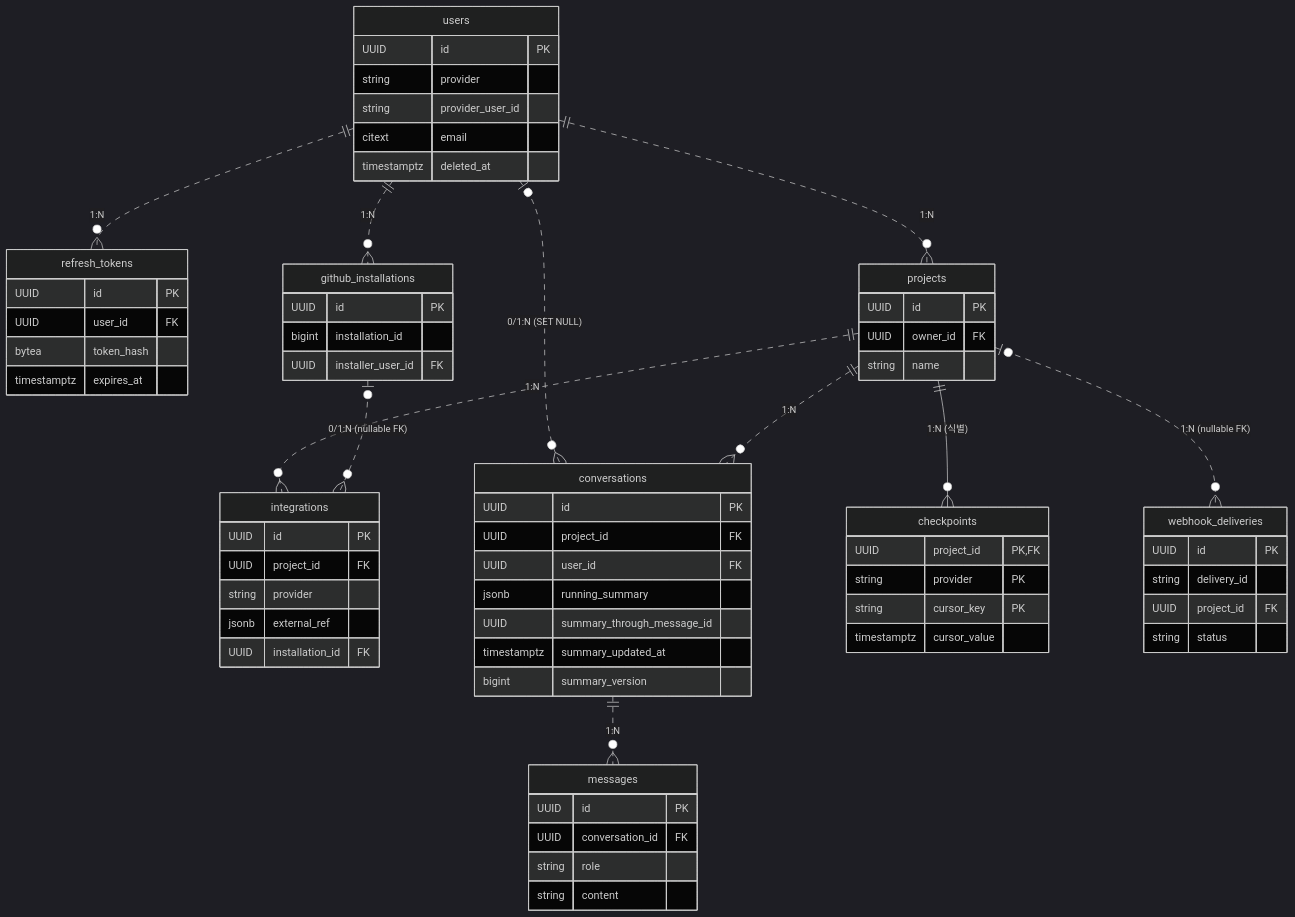
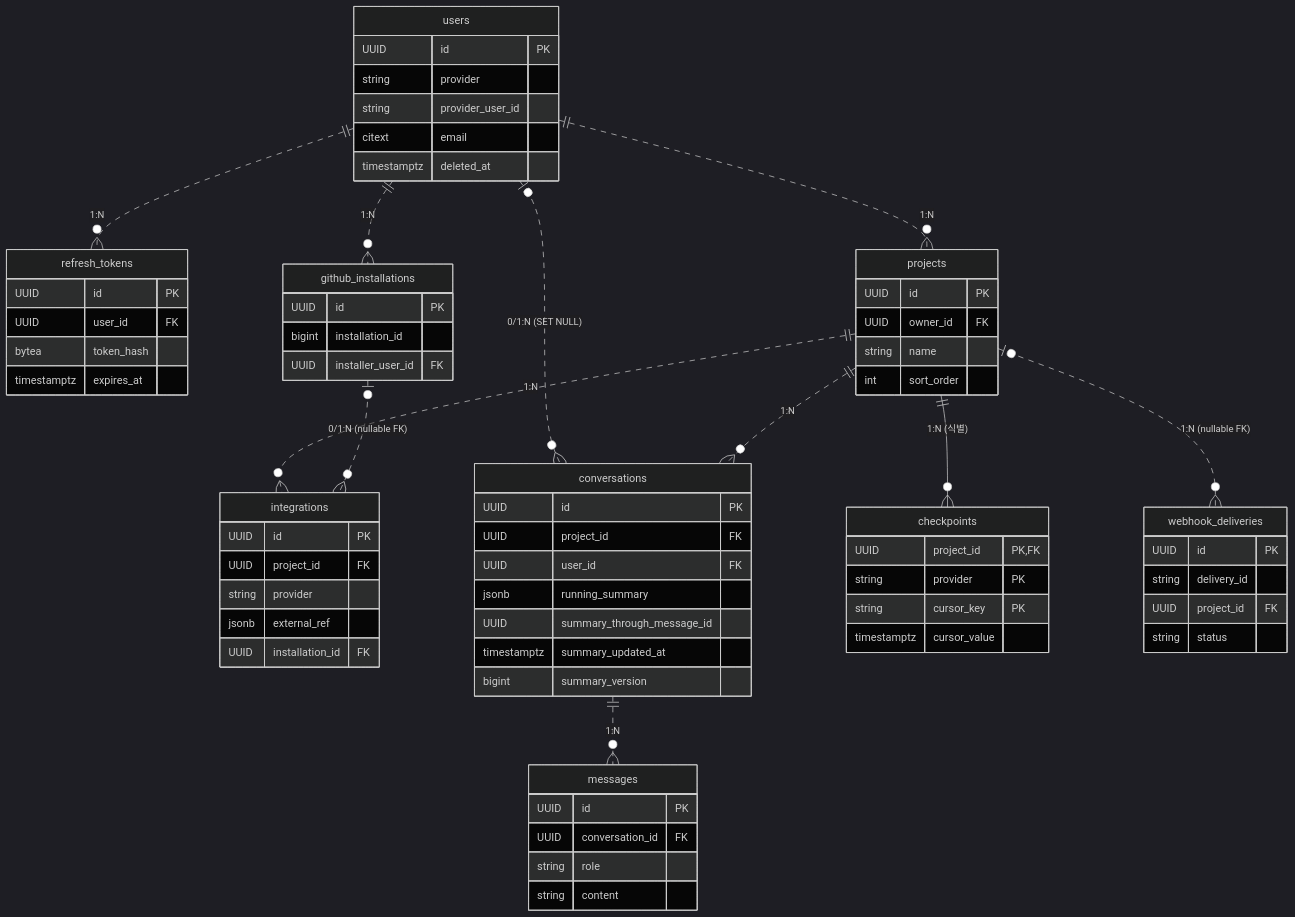
One commit to se-zero/history-tracker changed the diagram in docs/DB.md. Above: the diagram before and after it, drawn with Mermaid (dark theme). The commit also changed other lines of this file, not shown here.

Commit message:
docs: projects 테이블에 sort_order 필드 반영 (DB.md)

````diff
--- a/docs/DB.md
+++ b/docs/DB.md
@@ -13,71 +13,72 @@
 ```mermaid
 erDiagram
     users {
         UUID id PK
         string provider
         string provider_user_id
         citext email
         timestamptz deleted_at
     }
     refresh_tokens {
         UUID id PK
         UUID user_id FK
         bytea token_hash
         timestamptz expires_at
     }
     github_installations {
         UUID id PK
         bigint installation_id
         UUID installer_user_id FK
     }
     projects {
         UUID id PK
         UUID owner_id FK
         string name
+        int sort_order
     }
     integrations {
         UUID id PK
         UUID project_id FK
         string provider
         jsonb external_ref
         UUID installation_id FK
     }
     conversations {
         UUID id PK
         UUID project_id FK
         UUID user_id FK
         jsonb running_summary
         UUID summary_through_message_id
         timestamptz summary_updated_at
         bigint summary_version
     }
     messages {
         UUID id PK
         UUID conversation_id FK
         string role
         string content
     }
     checkpoints {
         UUID project_id PK,FK
         string provider PK
         string cursor_key PK
         timestamptz cursor_value
     }
     webhook_deliveries {
         UUID id PK
         string delivery_id
         UUID project_id FK
         string status
     }
 
     users          ||..o{ refresh_tokens        : "1:N"
     users          ||..o{ github_installations  : "1:N"
     users          ||..o{ projects              : "1:N"
     users          |o..o{ conversations         : "0/1:N  (SET NULL)"
     projects       ||..o{ integrations          : "1:N"
     projects       ||..o{ conversations         : "1:N"
     projects       |o..o{ webhook_deliveries    : "1:N  (nullable FK)"
     projects       ||--o{ checkpoints           : "1:N  (식별)"
     github_installations |o..o{ integrations   : "0/1:N  (nullable FK)"
     conversations  ||..o{ messages              : "1:N"
 ```
````
